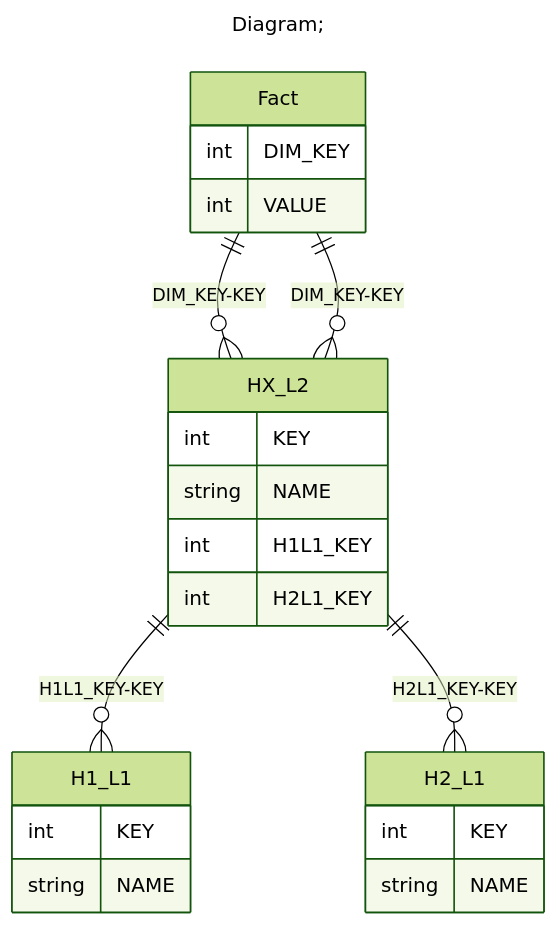
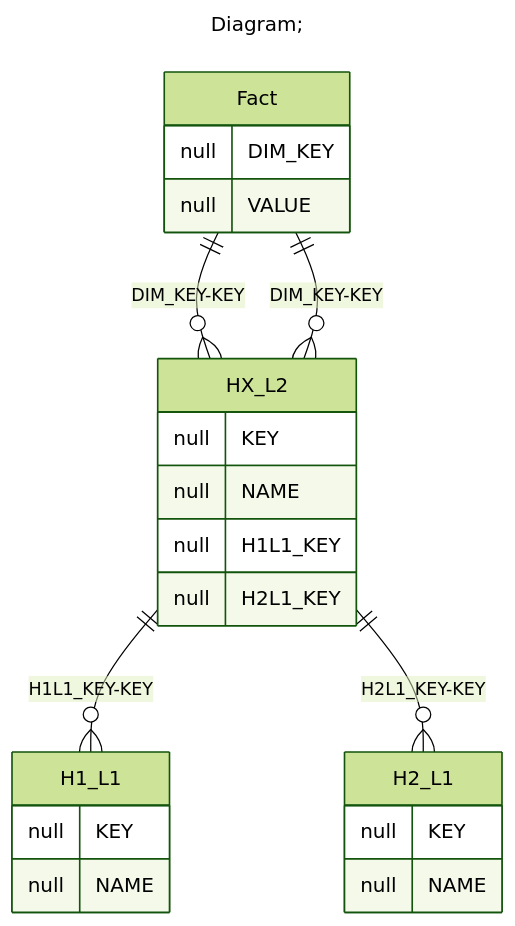
One commit to xmla-services/workground changed the third of 3 diagrams in demo/server/catalogs/min_Cube_DrillThroughAction/README.MD. Above: the diagram before and after it, drawn with Mermaid (forest theme). The commit also changed other lines of this file and 39 other files, not shown here.

````diff
--- a/demo/server/catalogs/min_Cube_DrillThroughAction/README.MD
+++ b/demo/server/catalogs/min_Cube_DrillThroughAction/README.MD
@@ -115,29 +115,29 @@
 ```mermaid
 ---
 title: Diagram;
 ---
 erDiagram
 Fact{
-int DIM_KEY
-int VALUE
+null DIM_KEY
+null VALUE
 }
 H1_L1{
-int KEY
-string NAME
+null KEY
+null NAME
 }
 H2_L1{
-int KEY
-string NAME
+null KEY
+null NAME
 }
 HX_L2{
-int KEY
-string NAME
-int H1L1_KEY
-int H2L1_KEY
+null KEY
+null NAME
+null H1L1_KEY
+null H2L1_KEY
 }
 
 "Fact" ||--o{ "HX_L2" : "DIM_KEY-KEY"
 "HX_L2" ||--o{ "H1_L1" : "H1L1_KEY-KEY"
 "Fact" ||--o{ "HX_L2" : "DIM_KEY-KEY"
 "HX_L2" ||--o{ "H2_L1" : "H2L1_KEY-KEY"
 ```
````
